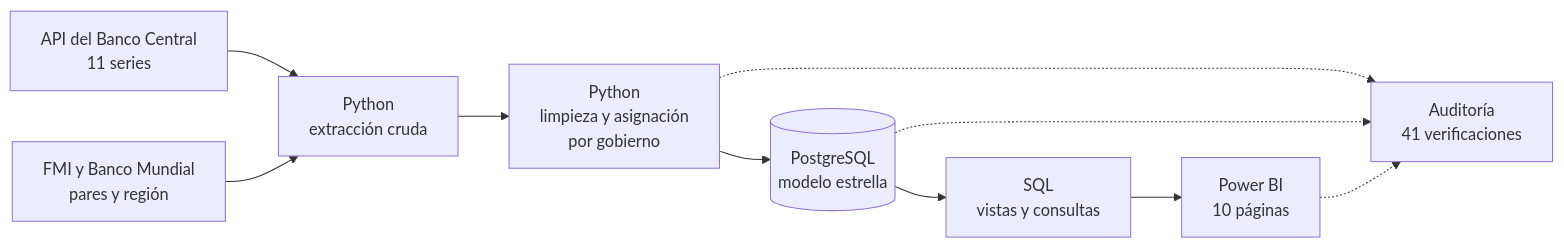
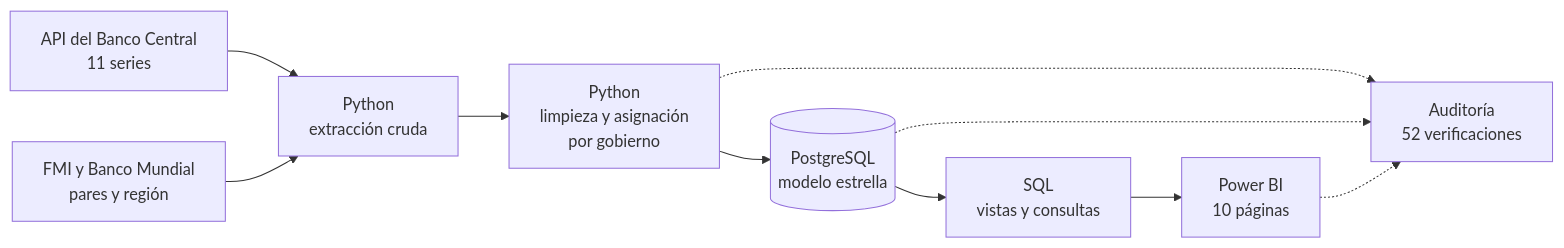
The diagram in README.md (NilzAlexisDiazGarcia/chile-economia-gobiernos), drawn with Mermaid before and after one commit. The commit also changed other lines of this file and 195 other files, not shown here.

````diff
--- a/README.md
+++ b/README.md
@@ -156,12 +159,12 @@
 ```mermaid
 flowchart LR
     A[API del Banco Central<br/>11 series] --> B[Python<br/>extracción cruda]
     F[FMI y Banco Mundial<br/>pares y región] --> B
     B --> C[Python<br/>limpieza y asignación<br/>por gobierno]
     C --> D[(PostgreSQL<br/>modelo estrella)]
     D --> E[SQL<br/>vistas y consultas]
     E --> G[Power BI<br/>10 páginas]
-    C -.-> H[Auditoría<br/>41 verificaciones]
+    C -.-> H[Auditoría<br/>52 verificaciones]
     D -.-> H
     G -.-> H
 ```
````
